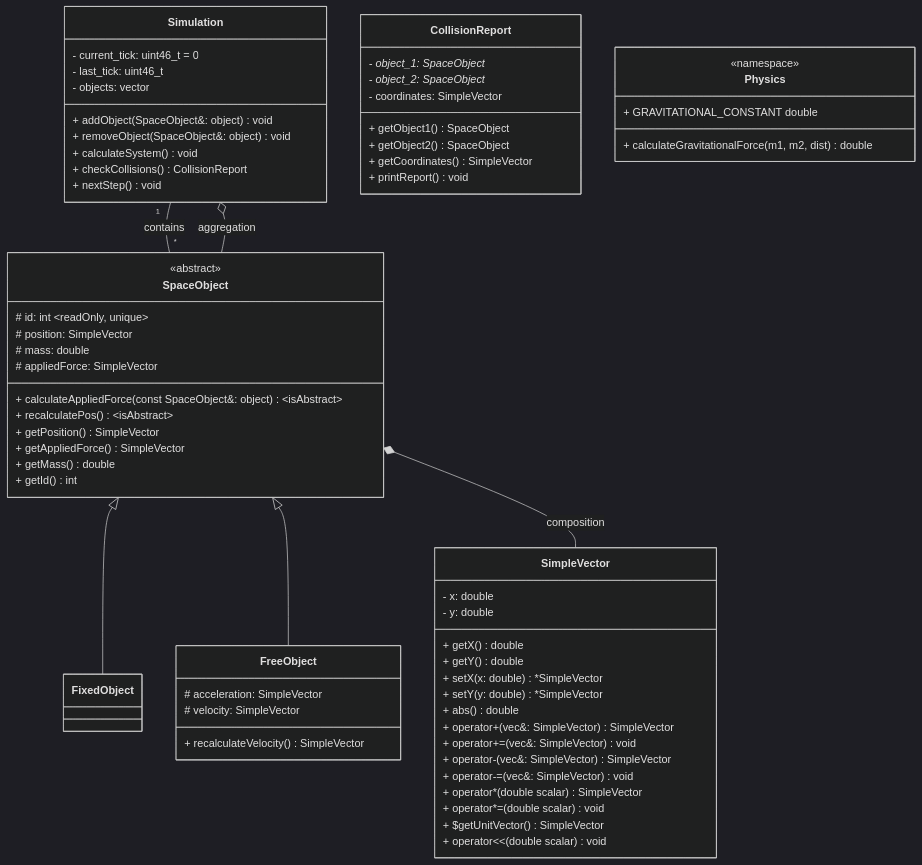
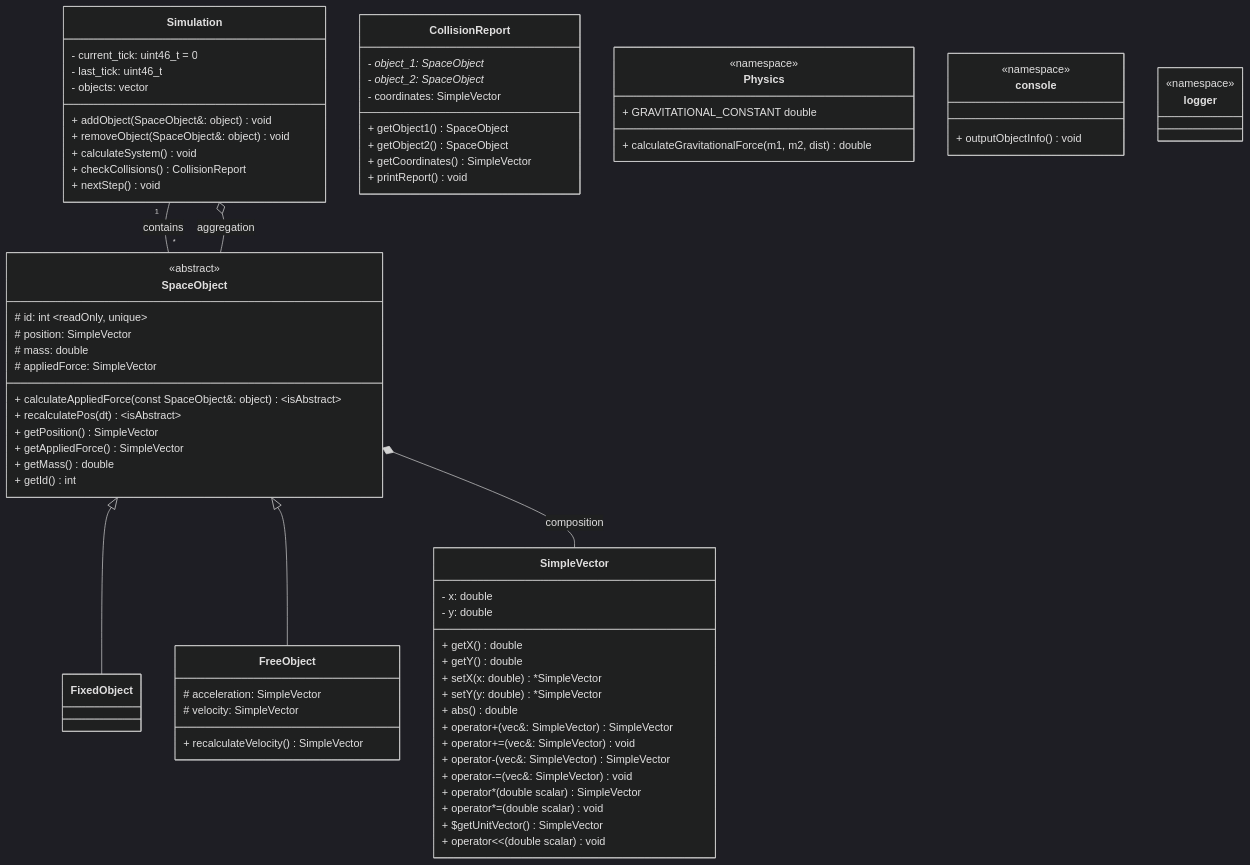
The diagram in docs/classDiagram.mmd (kotenko-o/simple-orbit-simulator), drawn with Mermaid (dark theme) before and after one commit. The commit also changed 1 other file, not shown here.

Commit message:
wip: add logger/console output

```diff
--- a/docs/classDiagram.mmd
+++ b/docs/classDiagram.mmd
@@ -1,77 +1,86 @@
 classDiagram
 
     SpaceObject <|-- FixedObject
     SpaceObject <|-- FreeObject
     Simulation "1" -- "*" SpaceObject : contains
 
     SpaceObject *-- SimpleVector : composition
     Simulation o-- SpaceObject : aggregation
     
     class Simulation {
         - current_tick: uint46_t = 0
         - last_tick: uint46_t
         - objects: vector<SpaceObject*>
         + addObject(SpaceObject&: object) void
         + removeObject(SpaceObject&: object) void
         + calculateSystem() void
         + checkCollisions() CollisionReport
         + nextStep() void
     }
 
     class SpaceObject {
         <<abstract>>
         # id: int ~readOnly, unique~
         # position: SimpleVector
         # mass: double
         # appliedForce: SimpleVector
         + calculateAppliedForce(const SpaceObject&: object) ~isAbstract~
-        + recalculatePos() ~isAbstract~
+        + recalculatePos(dt) ~isAbstract~
         + getPosition() SimpleVector
         + getAppliedForce() SimpleVector 
         + getMass() double
         + getId() int
     }
 
     class FixedObject {
         
     }
 
     class FreeObject {
         # acceleration: SimpleVector
         # velocity: SimpleVector
         + recalculateVelocity() SimpleVector
     }
 
     class SimpleVector {
         - x: double
         - y: double
         + getX() double
         + getY() double
         + setX(x: double) *SimpleVector
         + setY(y: double) *SimpleVector
         + abs() double
         + operator+(vec&: SimpleVector) SimpleVector
         + operator+=(vec&: SimpleVector) void
         + operator-(vec&: SimpleVector) SimpleVector
         + operator-=(vec&: SimpleVector) void
         + operator*(double scalar) SimpleVector
         + operator*=(double scalar) void
         + $getUnitVector() SimpleVector
         + operator<<(double scalar) void
     }
 
     class CollisionReport {
         - object_1: SpaceObject*
         - object_2: SpaceObject*
         - coordinates: SimpleVector
         + getObject1() SpaceObject
         + getObject2() SpaceObject
         + getCoordinates() SimpleVector
         + printReport() void
     }
 
     class Physics {
         <<namespace>>
         + GRAVITATIONAL_CONSTANT double
         + calculateGravitationalForce(m1, m2, dist) double
     }
+
+    class console {
+        <<namespace>>
+        + outputObjectInfo() void
+    }
+
+    class logger {
+        <<namespace>>
+    }
```
